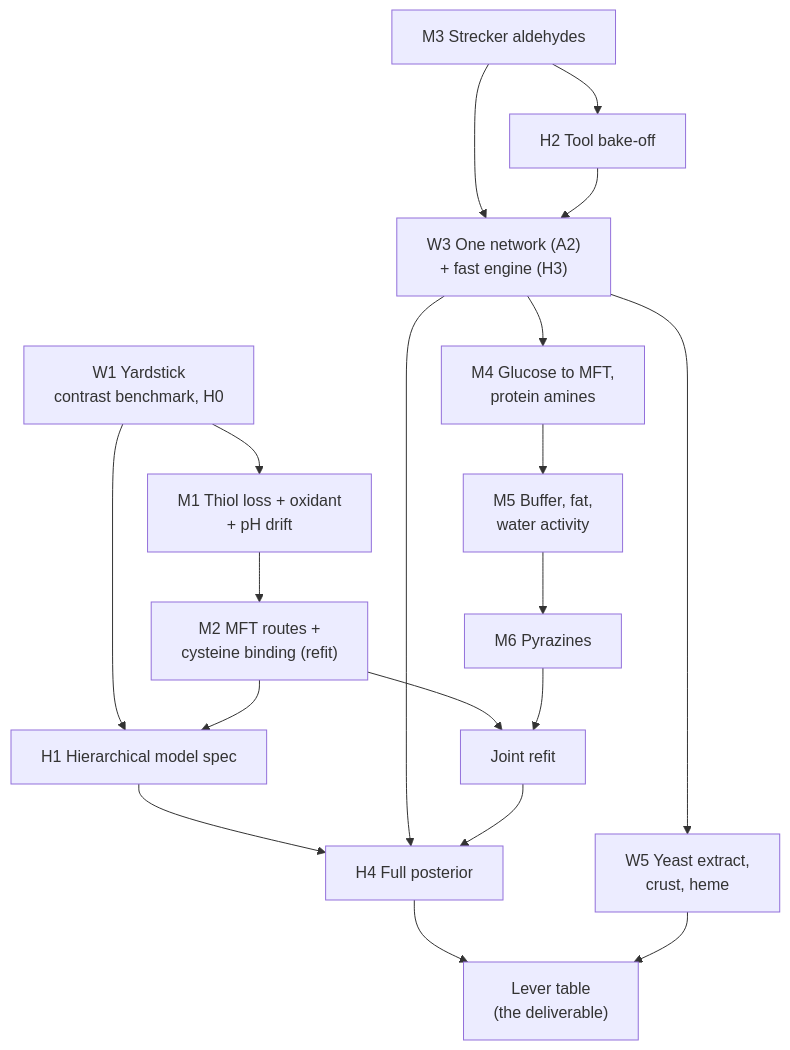
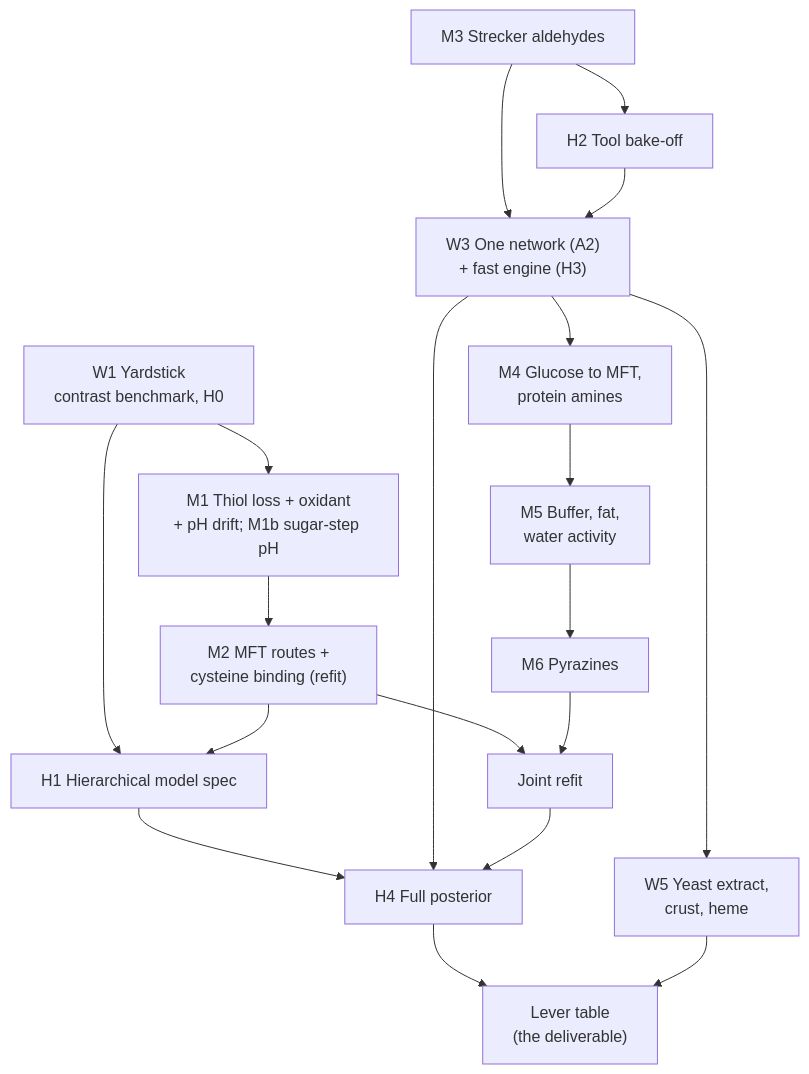
Before and after one commit to PabloAMC/Maillard: the diagram in docs/guides/STATUS_AND_PLAN.md, drawn with Mermaid. The commit also changed other lines of this file and 1 other file, not shown here.

First line of the commit message:
Plan: M1b (pH in the sulfur lane's sugar steps, E2 + E16) enters W2; the benchmark is the side-effect record, not the verdict

````diff
--- a/docs/guides/STATUS_AND_PLAN.md
+++ b/docs/guides/STATUS_AND_PLAN.md
@@ -81,27 +81,27 @@
 ```mermaid
 graph TD
     W1["W1 Yardstick<br/>contrast benchmark, H0"]
-    M1["M1 Thiol loss + oxidant<br/>+ pH drift"]
+    M1["M1 Thiol loss + oxidant<br/>+ pH drift; M1b sugar-step pH"]
     M2["M2 MFT routes +<br/>cysteine binding (refit)"]
     M3["M3 Strecker aldehydes"]
     W3["W3 One network (A2)<br/>+ fast engine (H3)"]
     M4["M4 Glucose to MFT,<br/>protein amines"]
     M5["M5 Buffer, fat,<br/>water activity"]
     M6["M6 Pyrazines"]
     JR["Joint refit"]
     H1["H1 Hierarchical model spec"]
     H2["H2 Tool bake-off"]
     H4["H4 Full posterior"]
     W5a["W5 Yeast extract,<br/>crust, heme"]
     LT["Lever table<br/>(the deliverable)"]
 
     W1 --> M1 --> M2 --> JR
     M3 --> W3
     M3 --> H2 --> W3
     W3 --> M4 --> M5 --> M6 --> JR
     W1 --> H1
     M2 --> H1 --> H4
     W3 --> H4
     JR --> H4 --> LT
     W3 --> W5a --> LT
 ```
````
